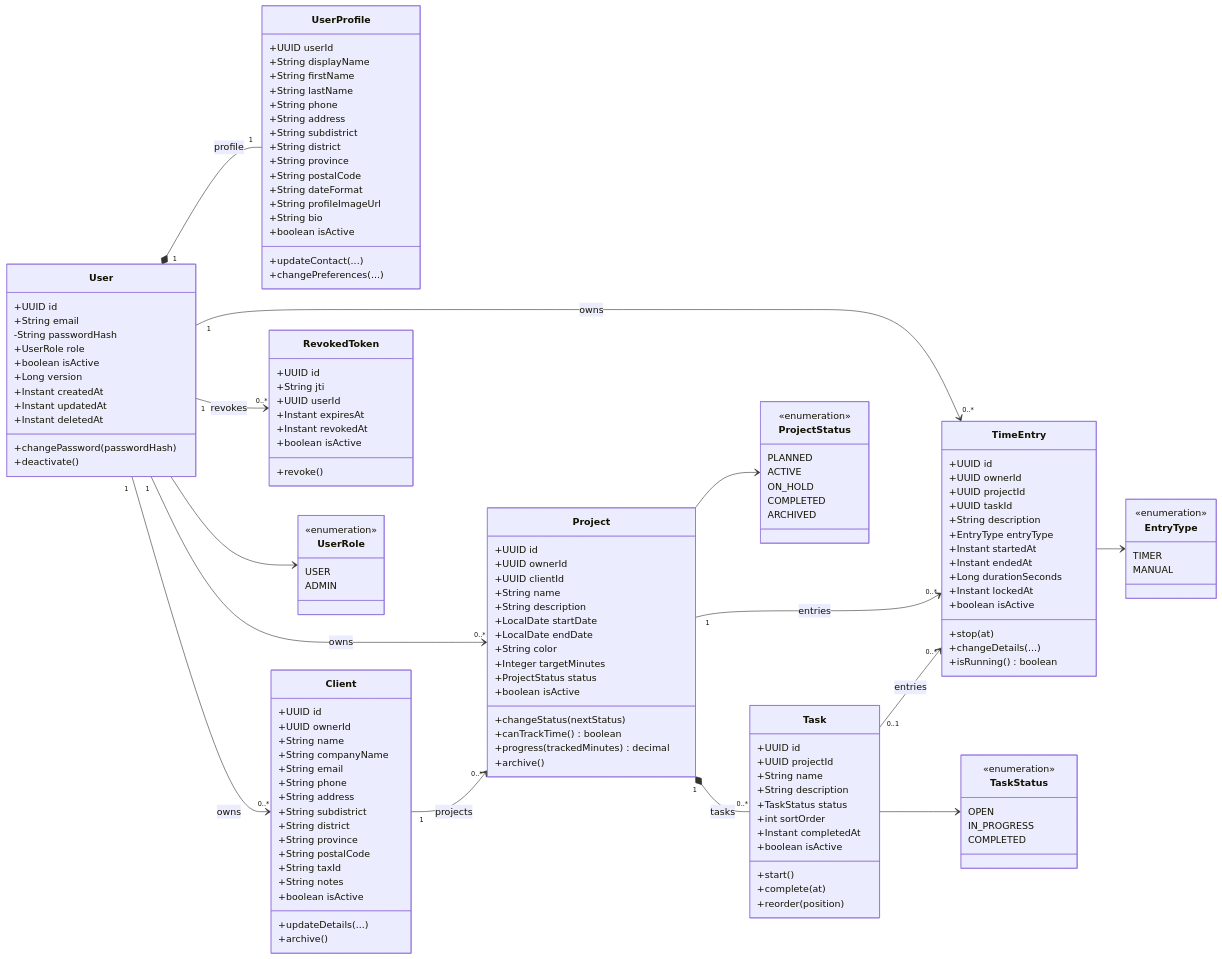
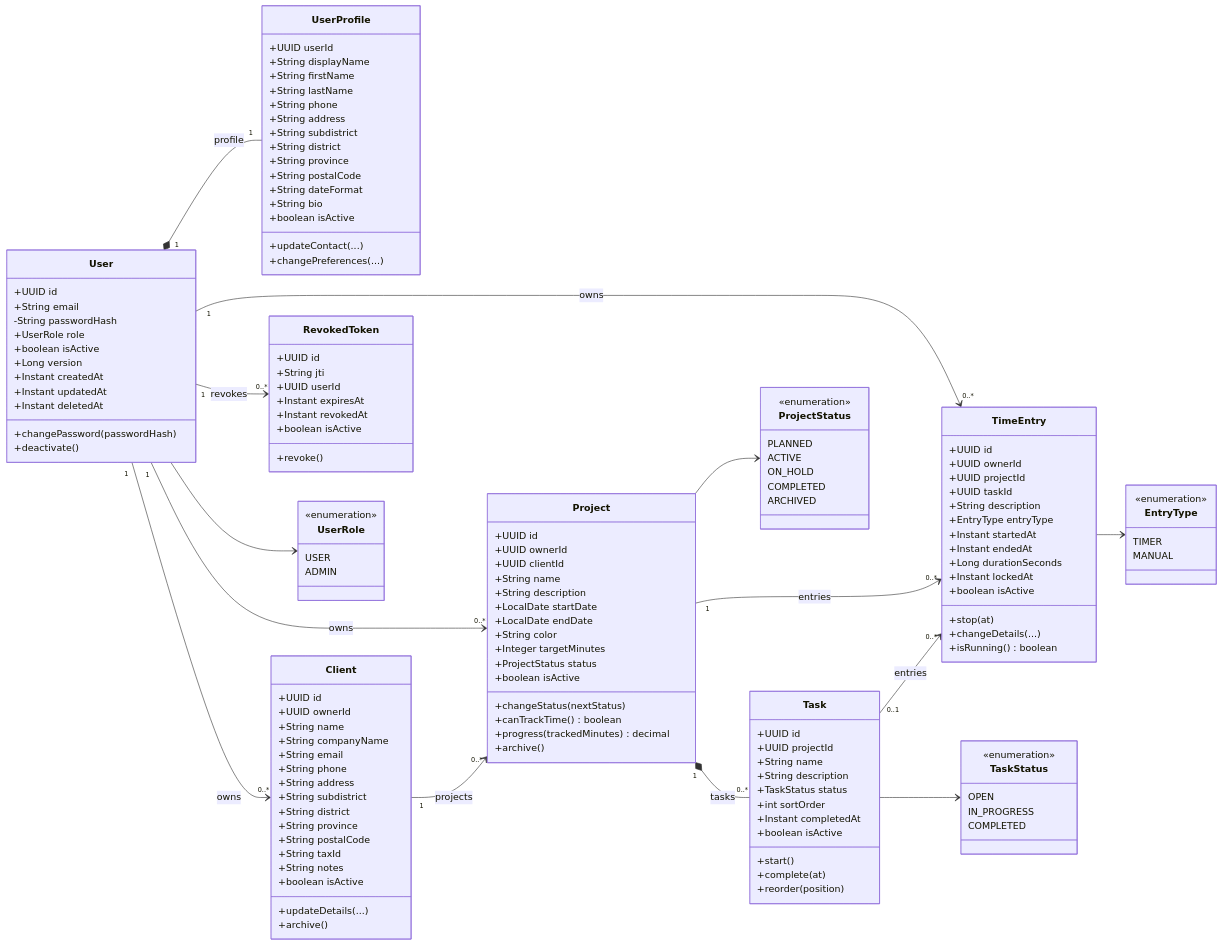
The diagram in doc/diagrams/class-diagram.md (lillianxhub/freelance-hub), drawn with Mermaid before and after one commit. The commit also changed 17 other files, not shown here.

```diff
--- a/doc/diagrams/class-diagram.md
+++ b/doc/diagrams/class-diagram.md
@@ -33,7 +33,6 @@
         +String province
         +String postalCode
         +String dateFormat
-        +String profileImageUrl
         +String bio
         +boolean isActive
         +updateContact(...)
```
